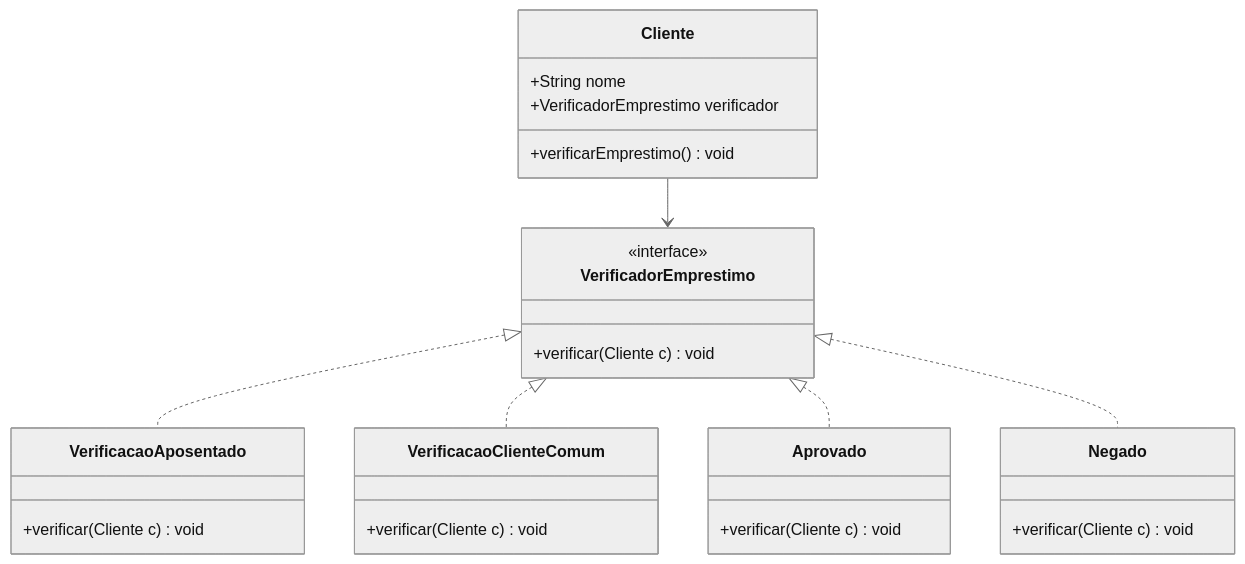
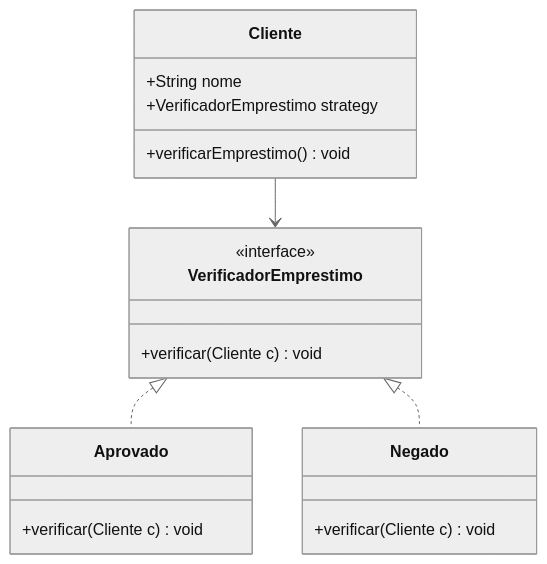
Before and after one commit to cleberkirch86/bertoti: the second of 2 diagrams in padroes/strategy/DIAGRAMAS.md, drawn with Mermaid (neutral theme). The commit also changed other lines of this file and 10 other files, not shown here.

````diff
--- a/padroes/strategy/DIAGRAMAS.md
+++ b/padroes/strategy/DIAGRAMAS.md
@@ -24,30 +22,22 @@
 ```mermaid
 classDiagram
     class Cliente {
         +String nome
-        +VerificadorEmprestimo verificador
+        +VerificadorEmprestimo strategy
         +verificarEmprestimo() void
     }
     class VerificadorEmprestimo {
         <<interface>>
-        +verificar(Cliente c) void
-    }
-    class VerificacaoAposentado {
-        +verificar(Cliente c) void
-    }
-    class VerificacaoClienteComum {
         +verificar(Cliente c) void
     }
     class Aprovado {
         +verificar(Cliente c) void
     }
     class Negado {
         +verificar(Cliente c) void
     }
 
     Cliente --> VerificadorEmprestimo
-    VerificadorEmprestimo <|.. VerificacaoAposentado
-    VerificadorEmprestimo <|.. VerificacaoClienteComum
     VerificadorEmprestimo <|.. Aprovado
     VerificadorEmprestimo <|.. Negado
 ```
````
